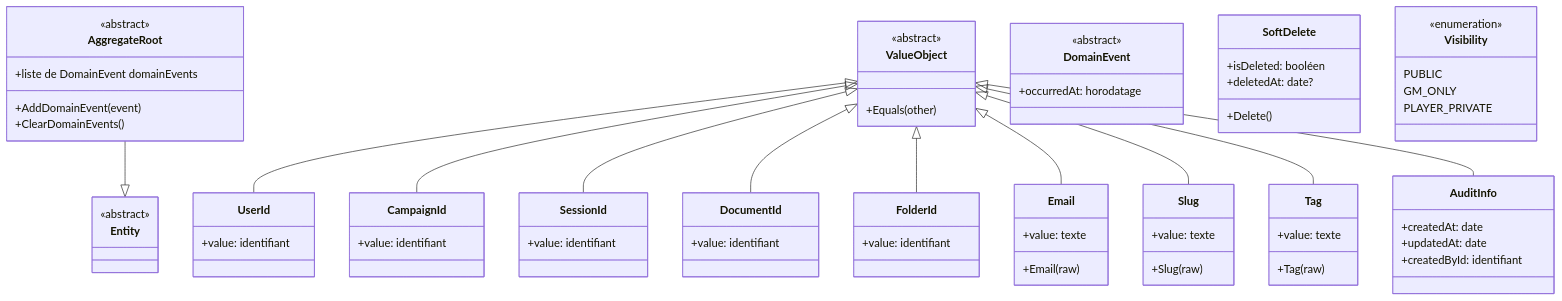
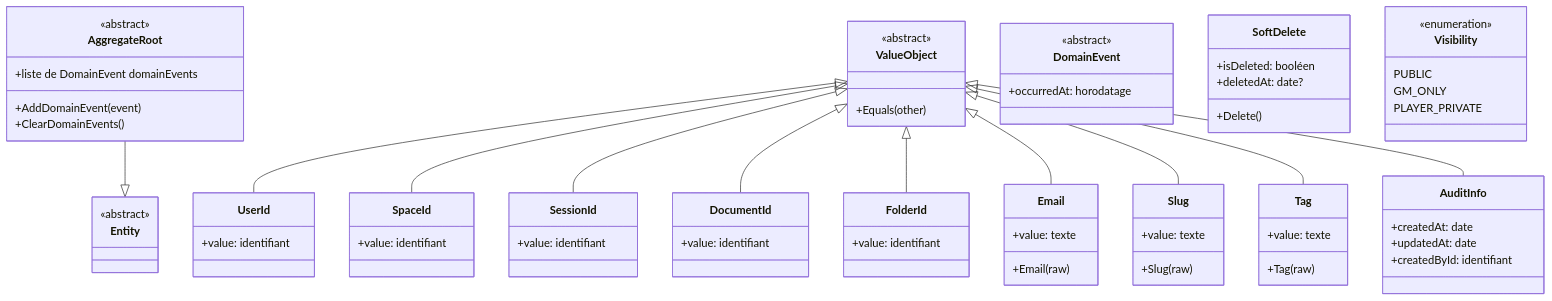
The diagram in docs/conception/domain/diagrams/classes/core.md (2025-10-CDA-ECO-P6/PM-micro-saas), drawn with Mermaid before and after one commit. The commit also changed 84 other files, not shown here.

First line of the commit message:
docs(conception): généralisation Campaign→Space + espace personnel (ADR-018)

```diff
--- a/docs/conception/domain/diagrams/classes/core.md
+++ b/docs/conception/domain/diagrams/classes/core.md
@@ -26,7 +26,7 @@
     class UserId {
         +value: identifiant
     }
-    class CampaignId {
+    class SpaceId {
         +value: identifiant
     }
     class SessionId {
@@ -75,7 +75,7 @@
 
     AggregateRoot --|> Entity
     ValueObject <|-- UserId
-    ValueObject <|-- CampaignId
+    ValueObject <|-- SpaceId
     ValueObject <|-- SessionId
     ValueObject <|-- DocumentId
     ValueObject <|-- FolderId
```
